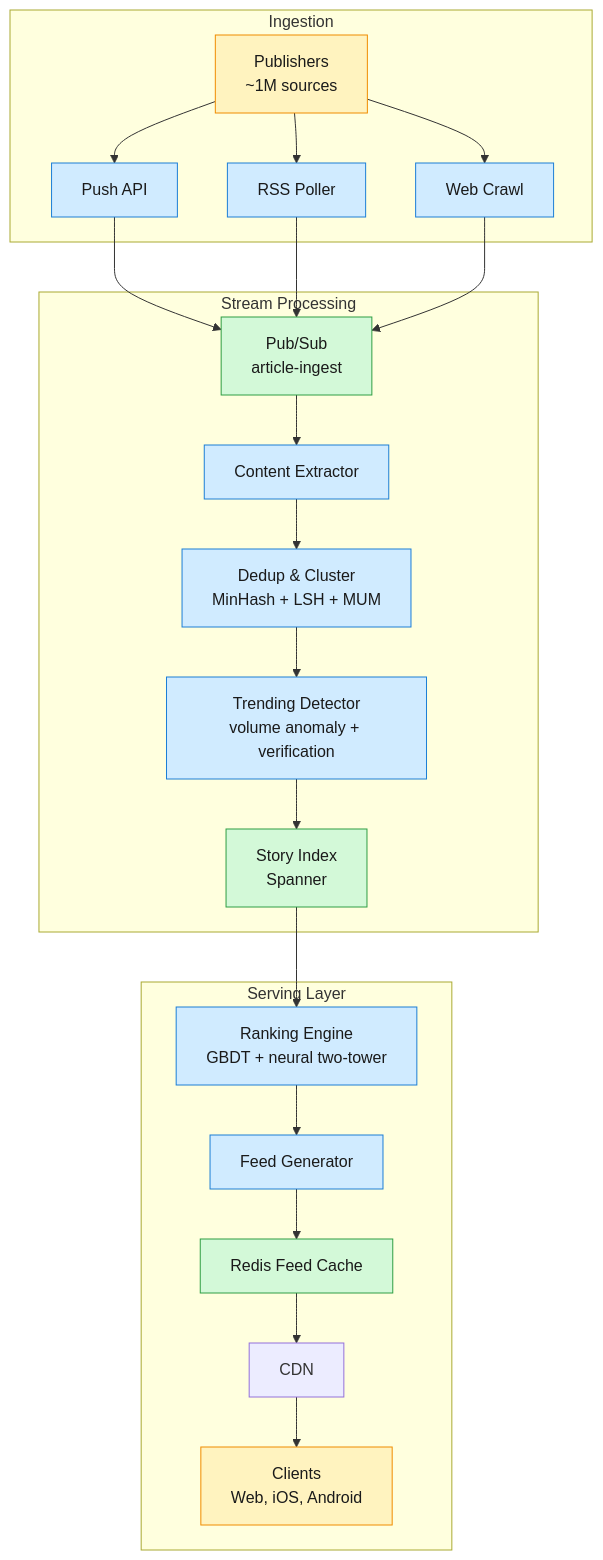
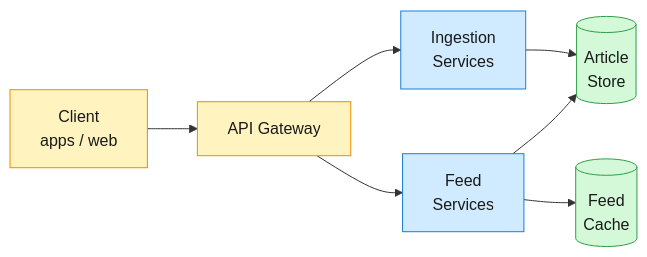
Before and after one commit to iliazlobin/iliazlobin.github.io: the first of 2 diagrams in _posts/2026-06-29-system-design-google-news.md, drawn with Mermaid. The commit also changed other lines of this file and 45 other files, not shown here.

First line of the commit message:
Republish all posts from Notion: fix mermaid errors, drop §7 Trade-offs (#88)

````diff
--- a/_posts/2026-06-29-system-design-google-news.md
+++ b/_posts/2026-06-29-system-design-google-news.md
@@ -18,31 +18,23 @@
 ```mermaid
-graph TB
-    subgraph Ingestion["Ingestion"]
-        A["Publishers<br/>~1M sources"] --> B["Push API"]
-        A --> C["RSS Poller"]
-        A --> D["Web Crawl"]
-    end
-    subgraph Processing["Stream Processing"]
-        B --> E["Pub/Sub<br/>article-ingest"]
-        C --> E
-        D --> E
-        E --> F["Content Extractor"]
-        F --> G["Dedup &amp; Cluster<br/>MinHash + LSH + MUM"]
-        G --> H["Trending Detector<br/>volume anomaly + verification"]
-        H --> I["Story Index<br/>Spanner"]
-    end
-    subgraph Serving["Serving Layer"]
-        I --> J["Ranking Engine<br/>GBDT + neural two-tower"]
-        J --> K["Feed Generator"]
-        K --> L["Redis Feed Cache"]
-        L --> M["CDN"]
-        M --> N["Clients<br/>Web, iOS, Android"]
-    end
+flowchart LR
+    Client["Client<br/>apps / web"]
+    GW["API Gateway"]
+    Ingest["Ingestion<br/>Services"]
+    Feed["Feed<br/>Services"]
+    ArticleStore[("Article<br/>Store")]
+    Cache[("Feed<br/>Cache")]
 
-    classDef edge fill:#fff3bf,stroke:#f08c00,color:#1a1a1a;
-    classDef svc fill:#d0ebff,stroke:#1c7ed6,color:#1a1a1a;
-    classDef store fill:#d3f9d8,stroke:#2f9e44,color:#1a1a1a;
-    class B,C,D,F,G,H,J,K svc;
-    class E,I,L store;
-    class A,N edge;
+    Client --> GW
+    GW --> Ingest
+    GW --> Feed
+    Ingest --> ArticleStore
+    Feed --> ArticleStore
+    Feed --> Cache
+
+    classDef edge fill:#fff3bf,stroke:#f08c00,color:#1a1a1a
+    classDef svc fill:#d0ebff,stroke:#1c7ed6,color:#1a1a1a
+    classDef store fill:#d3f9d8,stroke:#2f9e44,color:#1a1a1a
+    class Client,GW edge
+    class Ingest,Feed svc
+    class ArticleStore,Cache store
 ```
````
